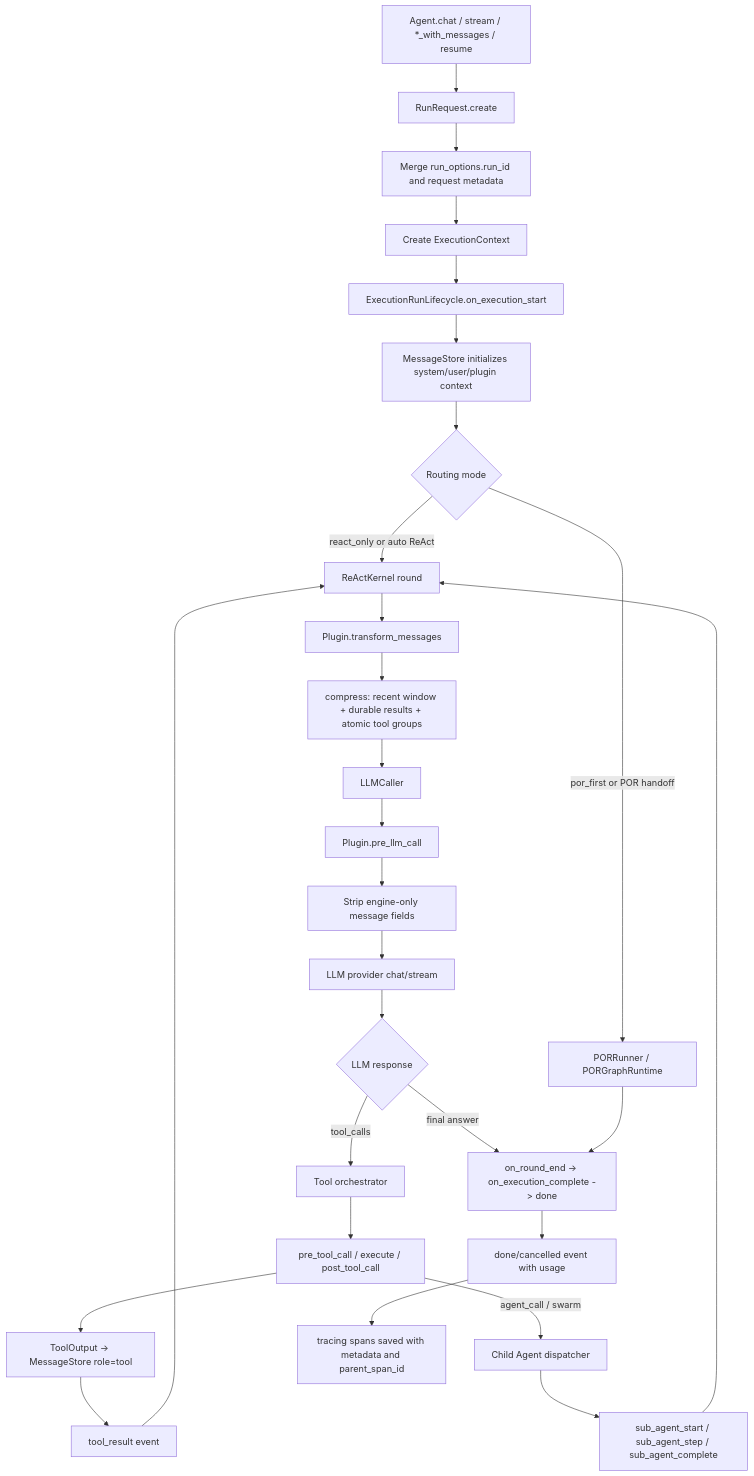
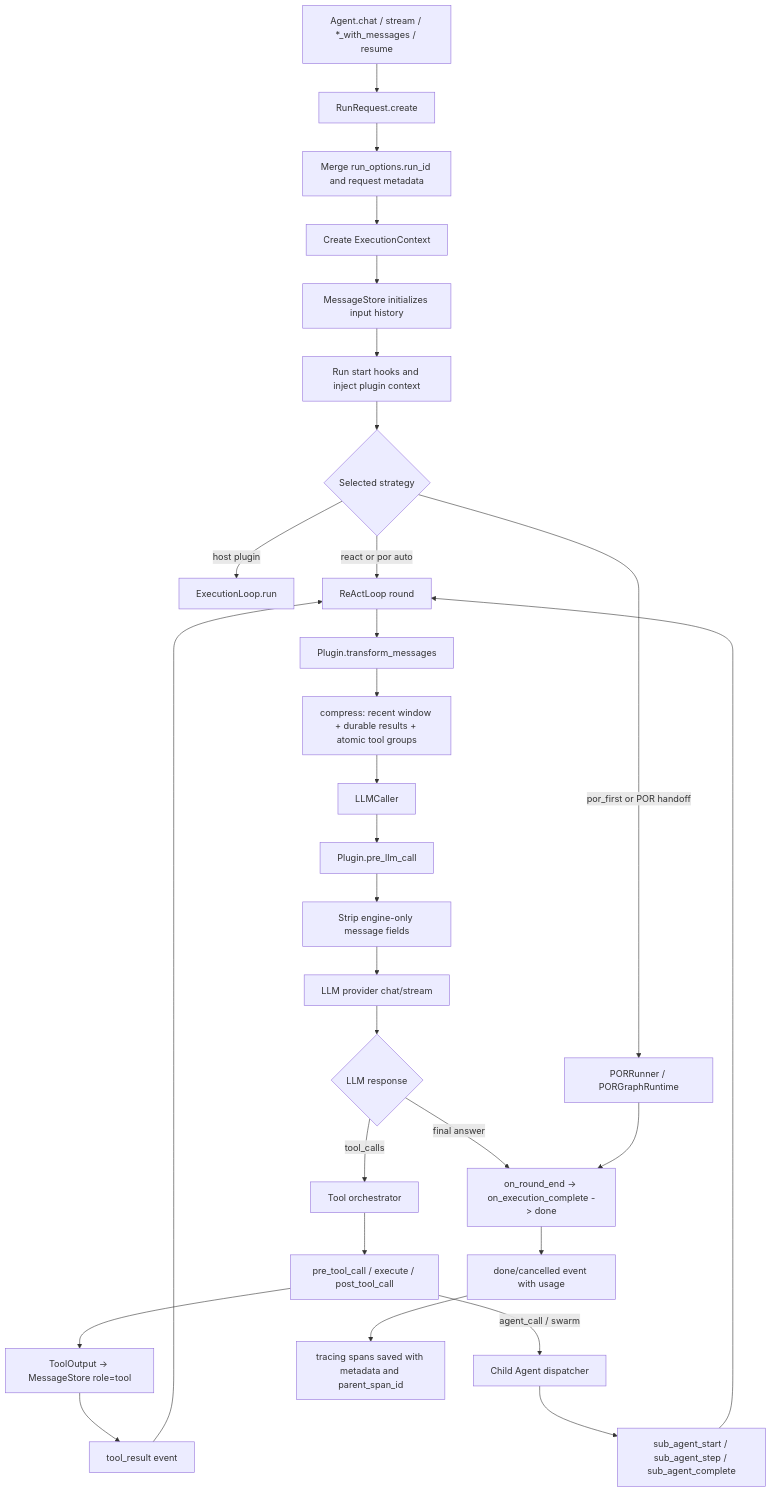
The second of 2 diagrams in README.md (axclogo/AxcAgentEngine), drawn with Mermaid before and after one commit. The commit also changed other lines of this file and 382 other files, not shown here.

Commit message:
Add pluggable execution loops, live input, and checkpoint forks

````diff
--- a/README.md
+++ b/README.md
@@ -464,30 +480,31 @@
 ```mermaid
 flowchart TD
     A["Agent.chat / stream / *_with_messages / resume"] --> B["RunRequest.create"]
     B --> C["Merge run_options.run_id and request metadata"]
     C --> D["Create ExecutionContext"]
-    D --> E["ExecutionRunLifecycle.on_execution_start"]
-    E --> F["MessageStore initializes system/user/plugin context"]
-    F --> G{"Routing mode"}
-    G -->|react_only or auto ReAct| H["ReActKernel round"]
+    D --> E["MessageStore initializes input history"]
+    E --> F["Run start hooks and inject plugin context"]
+    F --> G{"Selected strategy"}
+    G -->|host plugin| Custom["ExecutionLoop.run"]
+    G -->|react or por auto| H["ReActLoop round"]
     G -->|por_first or POR handoff| I["PORRunner / PORGraphRuntime"]
     H --> J["Plugin.transform_messages"]
     J --> K["compress: recent window + durable results + atomic tool groups"]
     K --> L["LLMCaller"]
     L --> M["Plugin.pre_llm_call"]
     M --> N["Strip engine-only message fields"]
     N --> O["LLM provider chat/stream"]
     O --> P{"LLM response"}
     P -->|final answer| Q["on_round_end -> on_execution_complete -> done"]
     P -->|tool_calls| R["Tool orchestrator"]
     R --> S["pre_tool_call / execute / post_tool_call"]
     S --> T["ToolOutput -> MessageStore role=tool"]
     T --> U["tool_result event"]
     U --> H
     S -->|agent_call / swarm| V["Child Agent dispatcher"]
     V --> W["sub_agent_start / sub_agent_step / sub_agent_complete"]
     W --> H
     I --> Q
     Q --> X["done/cancelled event with usage"]
     X --> Y["tracing spans saved with metadata and parent_span_id"]
 ```
````
